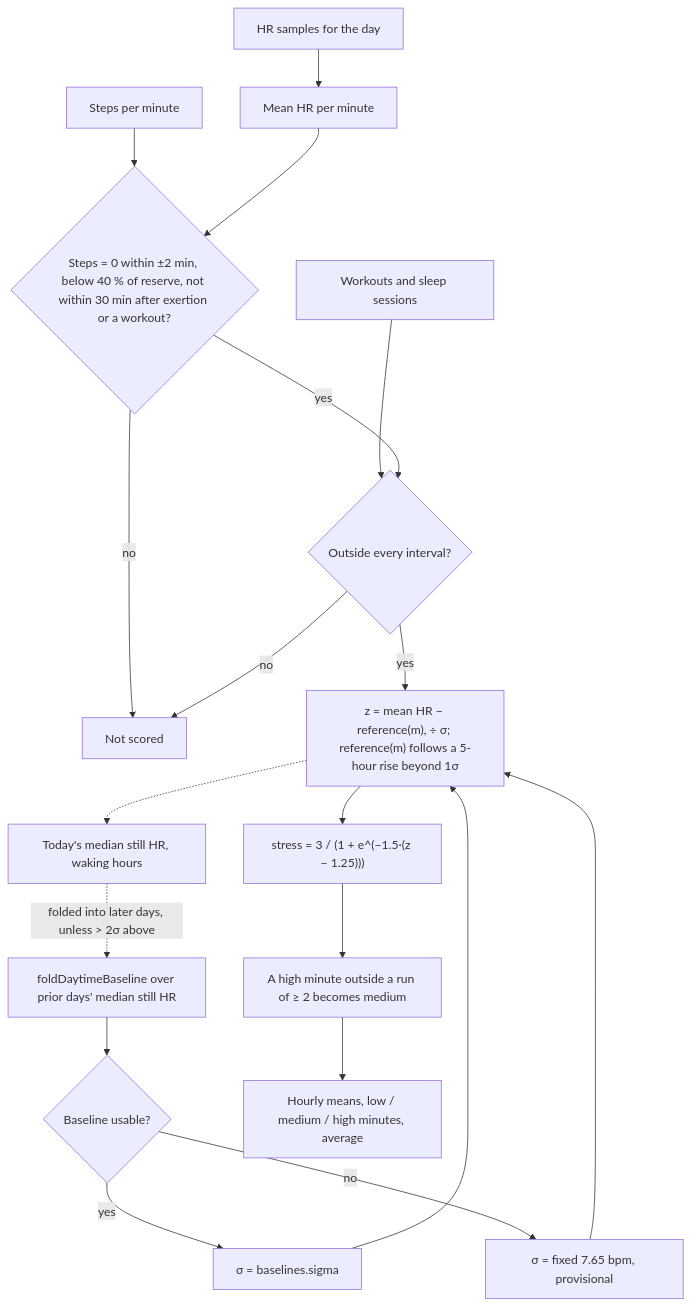
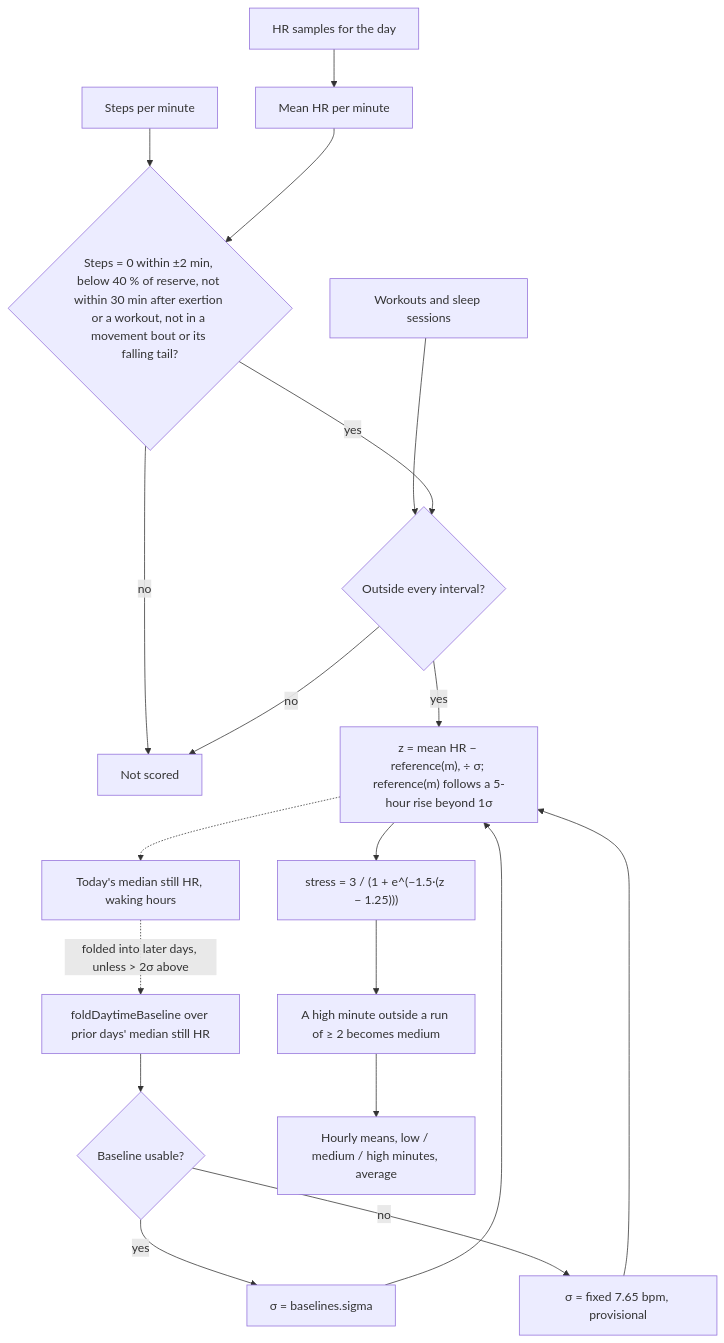
Before and after one commit to RohitDhatrak/pulse: the diagram in docs/algorithms/stress.md, drawn with Mermaid. The commit also changed other lines of this file and 23 other files, not shown here.

````diff
--- a/docs/algorithms/stress.md
+++ b/docs/algorithms/stress.md
@@ -30,21 +33,21 @@
 ```mermaid
 flowchart TB
   HR[HR samples for the day] --> MM[Mean HR per minute]
-  ST[Steps per minute] --> STILL{Steps = 0 within ±2 min, below 40 % of reserve, not within 30 min after exertion or a workout?}
+  ST[Steps per minute] --> STILL{Steps = 0 within ±2 min, below 40 % of reserve, not within 30 min after exertion or a workout, not in a movement bout or its falling tail?}
   EX[Workouts and sleep sessions] --> OUT{Outside every interval?}
   MM --> STILL
   STILL -->|yes| OUT
   STILL -->|no| SKIP[Not scored]
   OUT -->|no| SKIP
   OUT -->|yes| Z["z = mean HR − reference(m), ÷ σ; reference(m) follows a 5-hour rise beyond 1σ"]
   BL[foldDaytimeBaseline over prior days' median still HR] --> U{Baseline usable?}
   U -->|yes| PS[σ = baselines.sigma]
   U -->|no| FS[σ = fixed 7.65 bpm, provisional]
   PS --> Z
   FS --> Z
   Z --> L["stress = 3 / (1 + e^(−1.5·(z − 1.25)))"]
   L --> RUN[A high minute outside a run of ≥ 2 becomes medium]
   RUN --> SUM[Hourly means, low / medium / high minutes, average]
   Z -.-> MED[Today's median still HR, waking hours]
   MED -.->|folded into later days, unless > 2σ above| BL
 ```
````
